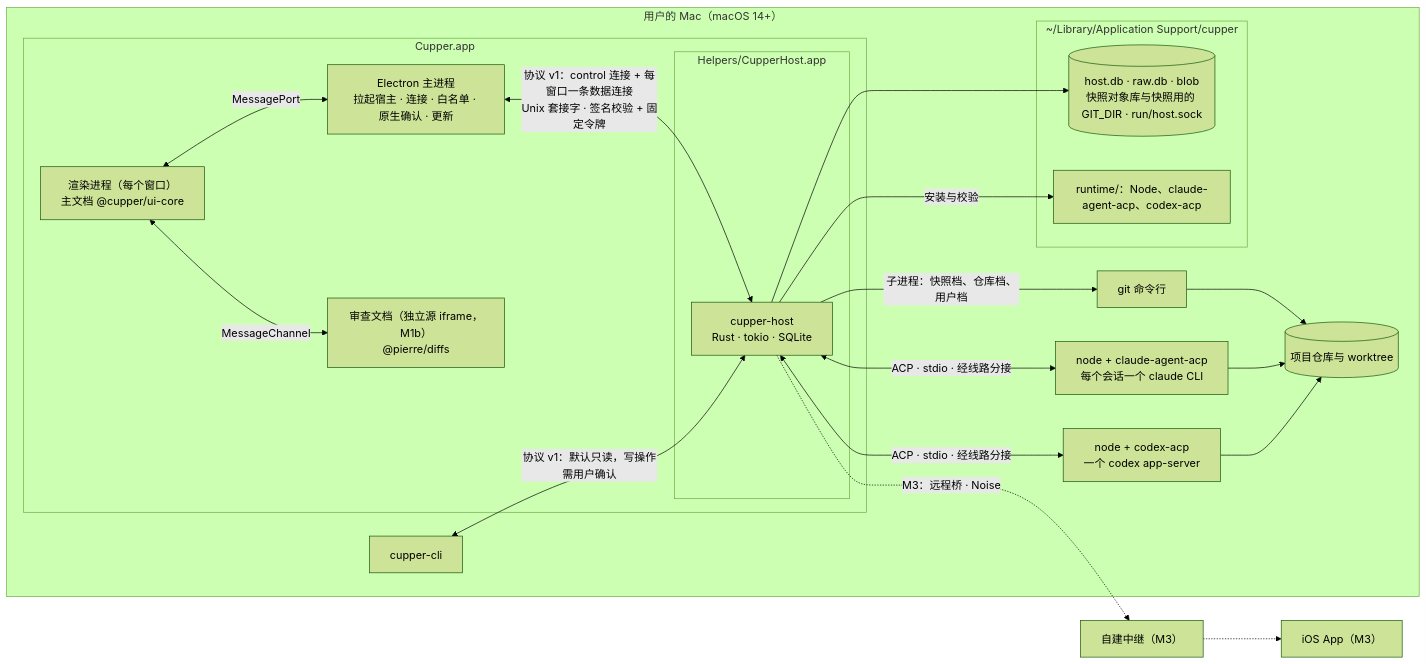
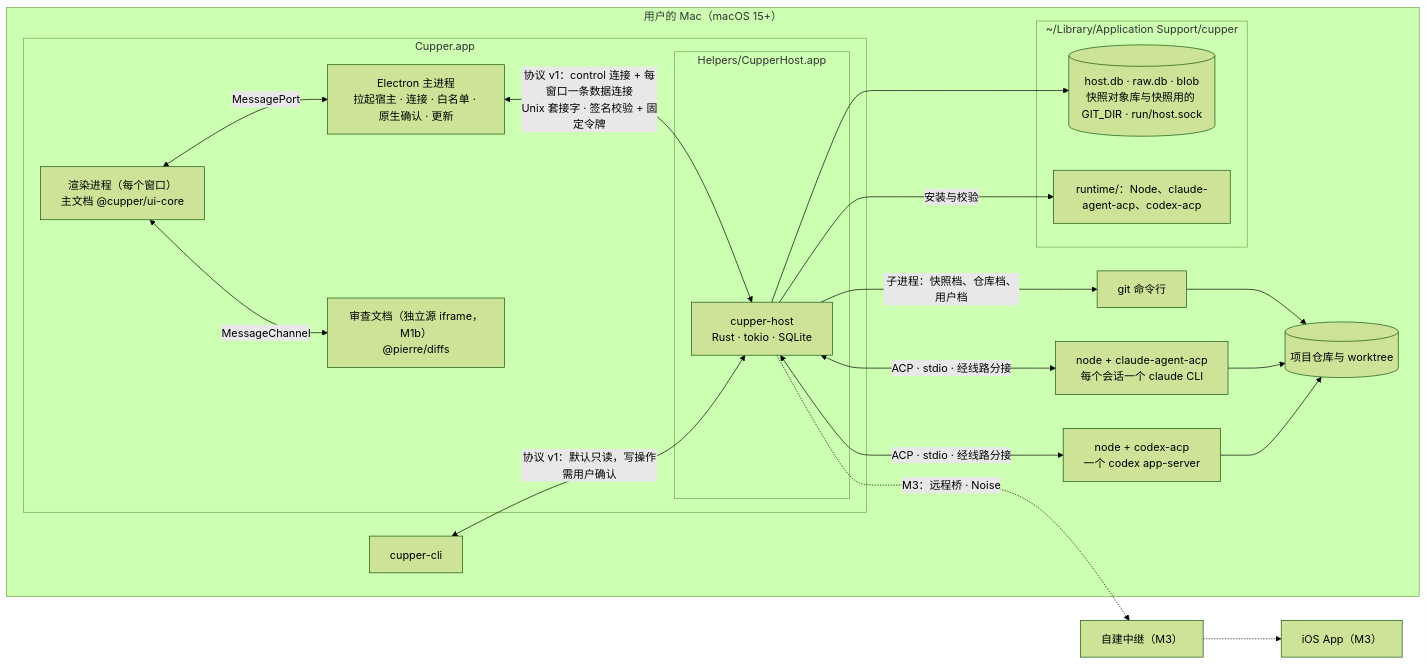
Before and after one commit to boris-w/cupper: the first of 2 diagrams in docs/02-design.md, drawn with Mermaid (forest theme). The commit also changed other lines of this file and 9 other files, not shown here.

````diff
--- a/docs/02-design.md
+++ b/docs/02-design.md
@@ -21,36 +21,36 @@
 ```mermaid
 flowchart LR
-  subgraph MAC["用户的 Mac（macOS 14+）"]
+  subgraph MAC["用户的 Mac（macOS 15+）"]
     subgraph APP["Cupper.app"]
       MAIN["Electron 主进程<br/>拉起宿主 · 连接 · 白名单 · 原生确认 · 更新"]
       WIN["渲染进程（每个窗口）<br/>主文档 @cupper/ui-core"]
       REV["审查文档（独立源 iframe，M1b）<br/>@pierre/diffs"]
       subgraph HELPER["Helpers/CupperHost.app"]
         HOST["cupper-host<br/>Rust · tokio · SQLite"]
       end
     end
     CLI["cupper-cli"]
     subgraph DATA["~/Library/Application Support/cupper"]
       DB[("host.db · raw.db · blob<br/>快照对象库与快照用的 GIT_DIR · run/host.sock")]
       RUNTIME["runtime/：Node、claude-agent-acp、codex-acp"]
     end
     AD1["node + claude-agent-acp<br/>每个会话一个 claude CLI"]
     AD2["node + codex-acp<br/>一个 codex app-server"]
     GIT["git 命令行"]
     REPO[("项目仓库与 worktree")]
   end
   WIN <-->|"MessagePort"| MAIN
   WIN <-->|"MessageChannel"| REV
   MAIN <-->|"协议 v1：control 连接 + 每窗口一条数据连接<br/>Unix 套接字 · 签名校验 + 固定令牌"| HOST
   CLI <-->|"协议 v1：默认只读，写操作需用户确认"| HOST
   HOST <-->|"ACP · stdio · 经线路分接"| AD1
   HOST <-->|"ACP · stdio · 经线路分接"| AD2
   HOST --> DB
   HOST -->|"安装与校验"| RUNTIME
   HOST -->|"子进程：快照档、仓库档、用户档"| GIT
   GIT --> REPO
   AD1 --> REPO
   AD2 --> REPO
   HOST -. "M3：远程桥 · Noise" .-> RELAY["自建中继（M3）"]
   RELAY -.-> IOS["iOS App（M3）"]
 ```
````
